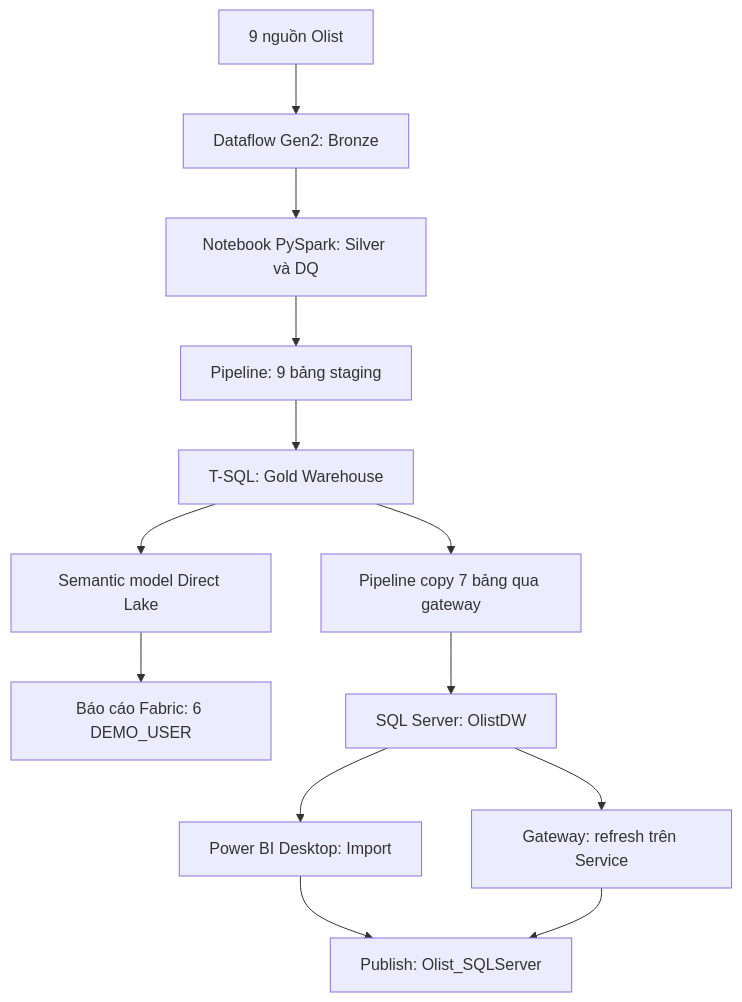
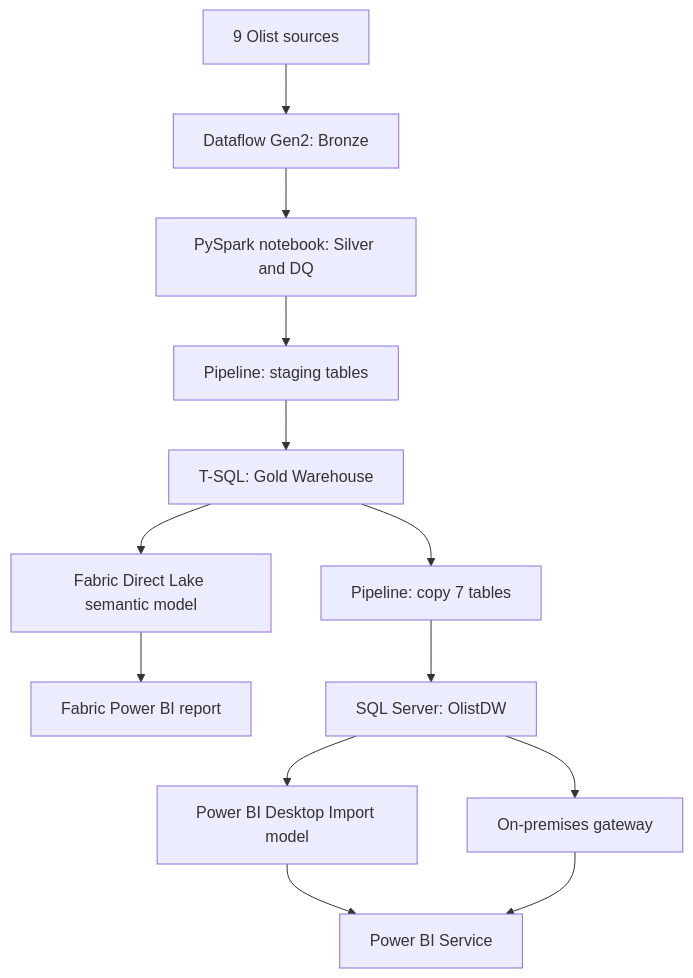
Before and after one commit to thaquan/brazilian-ecommerce-sales: the diagram in README.md, drawn with Mermaid. The commit also changed other lines of this file and 26 other files, not shown here.

````diff
--- a/README.md
+++ b/README.md
@@ -28,15 +31,15 @@
 ```mermaid
 flowchart TD
-  A[9 nguồn Olist] --> B[Dataflow Gen2: Bronze]
-  B --> C[Notebook PySpark: Silver và DQ]
-  C --> D[Pipeline: 9 bảng staging]
+  A[9 Olist sources] --> B[Dataflow Gen2: Bronze]
+  B --> C[PySpark notebook: Silver and DQ]
+  C --> D[Pipeline: staging tables]
   D --> E[T-SQL: Gold Warehouse]
-  E --> F[Semantic model Direct Lake]
-  F --> G[Báo cáo Fabric: 6 DEMO_USER]
-  E --> H[Pipeline copy 7 bảng qua gateway]
+  E --> F[Fabric Direct Lake semantic model]
+  F --> G[Fabric Power BI report]
+  E --> H[Pipeline: copy 7 tables]
   H --> I[SQL Server: OlistDW]
-  I --> J[Power BI Desktop: Import]
-  J --> K[Publish: Olist_SQLServer]
-  I --> L[Gateway: refresh trên Service]
+  I --> J[Power BI Desktop Import model]
+  J --> K[Power BI Service]
+  I --> L[On-premises gateway]
   L --> K
 ```
````
